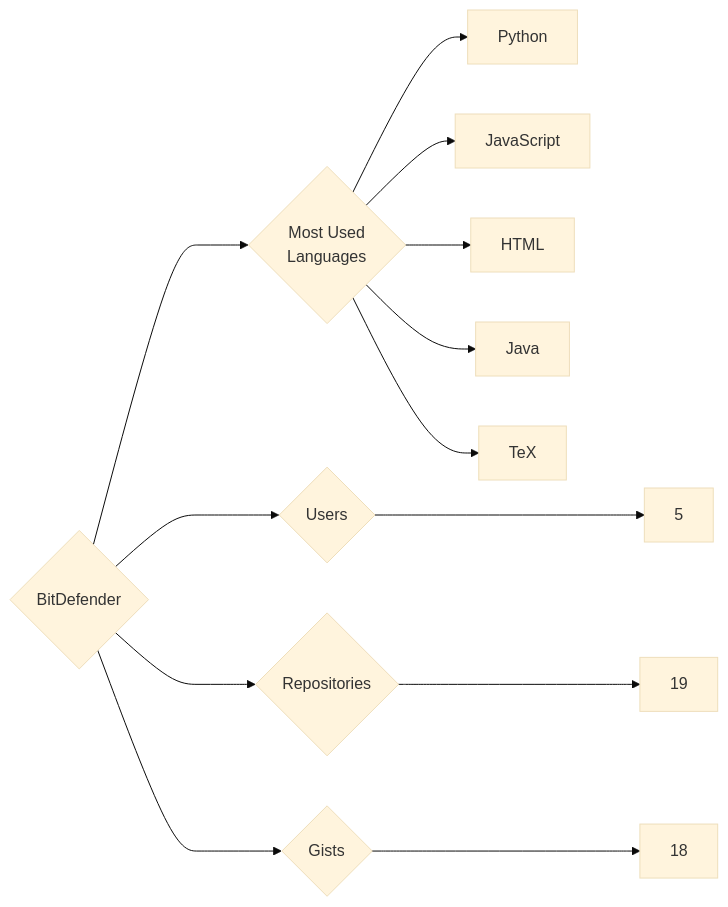
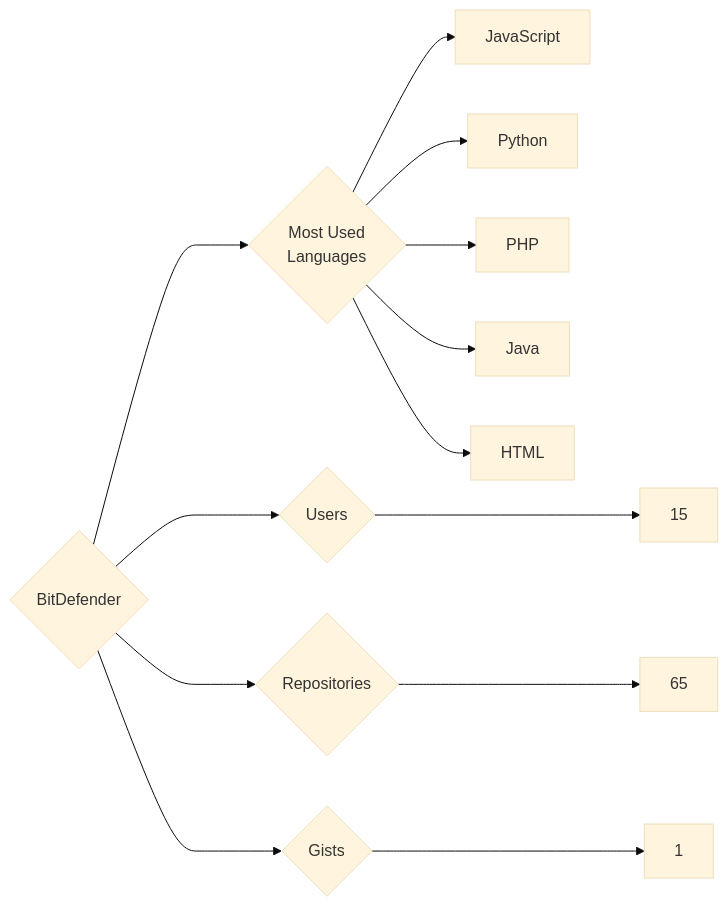
One commit to trickest/insiders changed the diagram in targets/BitDefender/README.md. Above: the diagram before and after it, drawn with Mermaid (base theme). The commit also changed 930 other files, not shown here.

````diff
--- a/targets/BitDefender/README.md
+++ b/targets/BitDefender/README.md
@@ -3,13 +3,13 @@
 ```mermaid
 graph LR
 COMPANY_NAME{BitDefender}
-COMPANY_NAME ---> U{Users} ---> UN[5]
-COMPANY_NAME ---> R{Repositories} ---> RN[19]
-COMPANY_NAME ---> G{Gists} ---> GN[18]
+COMPANY_NAME ---> U{Users} ---> UN[15]
+COMPANY_NAME ---> R{Repositories} ---> RN[65]
+COMPANY_NAME ---> G{Gists} ---> GN[1]
 COMPANY_NAME ---> ML{Most Used<br>Languages}
+ML --> JavaScript[JavaScript]
 ML --> Python[Python]
-ML --> JavaScript[JavaScript]
+ML --> PHP[PHP]
+ML --> Java[Java]
 ML --> HTML[HTML]
-ML --> Java[Java]
-ML --> TeX[TeX]
 ```
````
